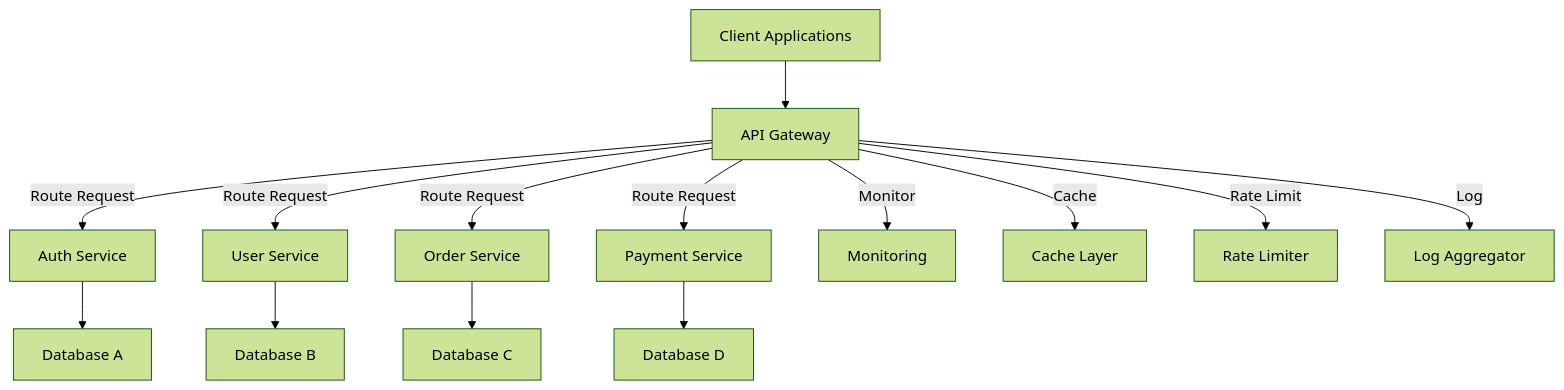
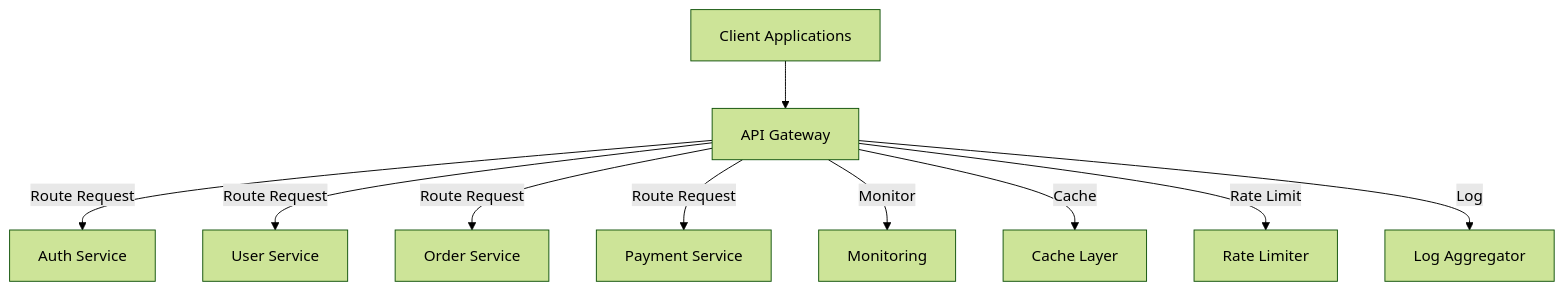
Before and after one commit to 17kaushalsingh/Roadmap-Learning: the fifth of 9 diagrams in API Design/09_API_Integration_Patterns.md, drawn with Mermaid (forest theme). The commit also changed other lines of this file, not shown here.

````diff
--- a/API Design/09_API_Integration_Patterns.md
+++ b/API Design/09_API_Integration_Patterns.md
@@ -623,19 +235,14 @@
 ```mermaid
 flowchart TD
     A[Client Applications] --> B[API Gateway]
 
     B -->|Route Request| C[Auth Service]
     B -->|Route Request| D[User Service]
     B -->|Route Request| E[Order Service]
     B -->|Route Request| F[Payment Service]
 
     B -->|Monitor| G[Monitoring]
     B -->|Cache| H[Cache Layer]
     B -->|Rate Limit| I[Rate Limiter]
     B -->|Log| J[Log Aggregator]
-
-    C --> K[Database A]
-    D --> L[Database B]
-    E --> M[Database C]
-    F --> N[Database D]
 ```
````
